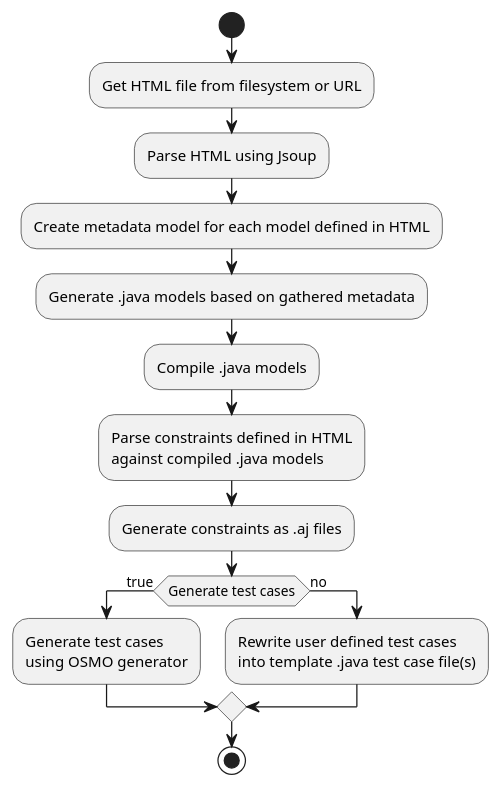
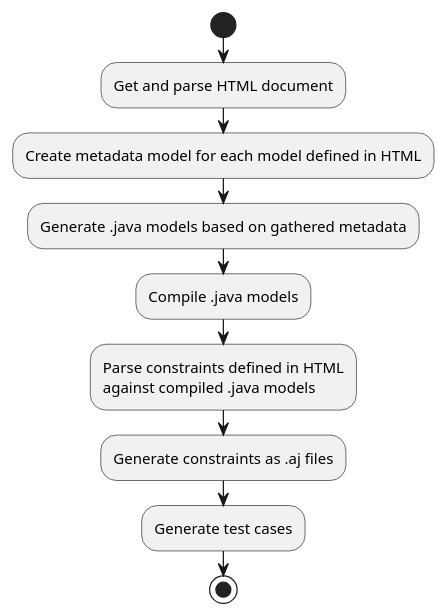
Before and after one commit to kwojcikowski/contester: the diagram in uml/contester-flow.puml, drawn with PlantUML.

Commit message:
Updated contester flow diagram

```diff
--- a/uml/contester-flow.puml
+++ b/uml/contester-flow.puml
@@ -1,19 +1,12 @@
 @startuml
 start
-:Get HTML file from filesystem or URL;
-:Parse HTML using Jsoup;
+:Get and parse HTML document;
 :Create metadata model for each model defined in HTML;
 :Generate .java models based on gathered metadata;
 :Compile .java models;
 :Parse constraints defined in HTML
 against compiled .java models;
 :Generate constraints as .aj files;
-if (Generate test cases) then (true)
-    :Generate test cases
-    using OSMO generator;
-else (no)
-    :Rewrite user defined test cases
-    into template .java test case file(s);
-endif
+:Generate test cases;
 stop
 @enduml
```
